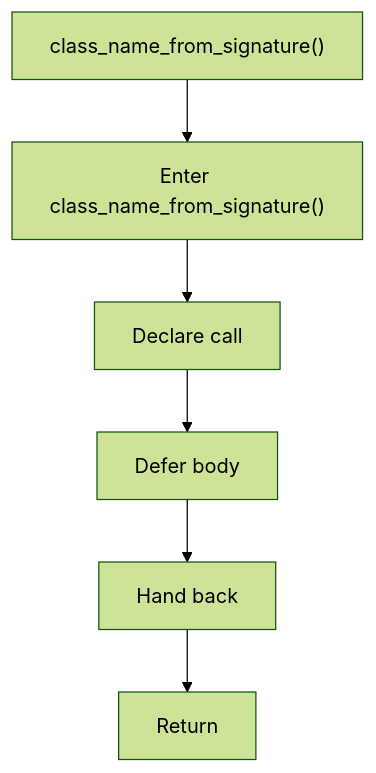
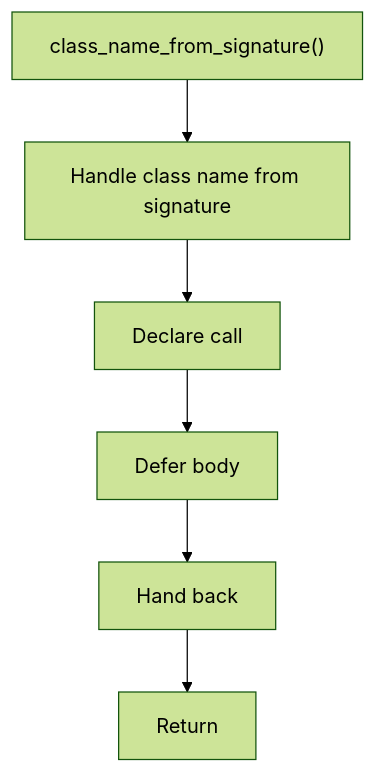
Before and after one commit to JohnAndrewBalbarosa/NeoTerritory: the diagram in docs/Codebase/Microservice/Modules/Header/SyntacticBrokenAST/Analysis/ImplementationUse/Resolution/Symbols/Internal/Flow/functions/class_name_from_signature.hpp.md, drawn with Mermaid (forest theme). The commit also changed other lines of this file and 925 other files, not shown here.

````diff
--- a/docs/Codebase/Microservice/Modules/Header/SyntacticBrokenAST/Analysis/ImplementationUse/Resolution/Symbols/Internal/Flow/functions/class_name_from_signature.hpp.md
+++ b/docs/Codebase/Microservice/Modules/Header/SyntacticBrokenAST/Analysis/ImplementationUse/Resolution/Symbols/Internal/Flow/functions/class_name_from_signature.hpp.md
@@ -16,14 +16,14 @@
 ```mermaid
 flowchart TD
     Start["class_name_from_signature()"]
-    N0["Enter class_name_from_signature()"]
+    N0["Handle class name from signature"]
     N1["Declare call"]
     N2["Defer body"]
     N3["Hand back"]
     End["Return"]
     Start --> N0
     N0 --> N1
     N1 --> N2
     N2 --> N3
     N3 --> End
 ```
````
